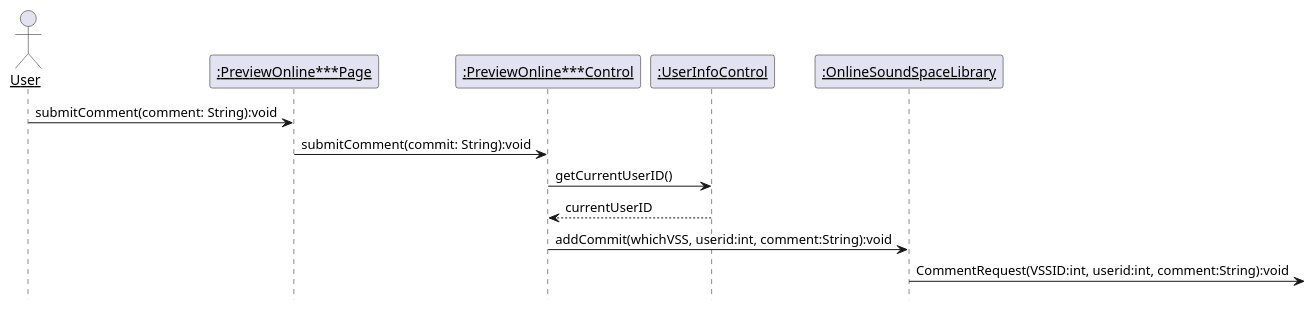
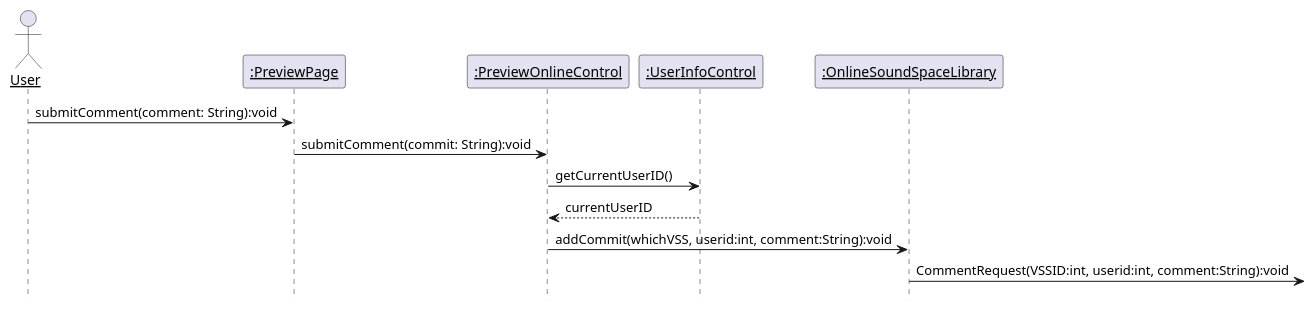
One commit to kpp19920121/doc changed diagram 22 of 39 in 设计/顺序图.md. Above: the diagram before and after it, drawn with PlantUML. The commit also changed other lines of this file and 1 other file, not shown here.

Commit message:
改进顺序图与类图一致

````diff
--- a/设计/顺序图.md
+++ b/设计/顺序图.md
@@ -742,18 +737,18 @@
 ```PlantUML
 @startuml Diagrams/CommentVSS
 hide footbox
 skinparam sequenceParticipant underline
 actor User as user
-participant ":PreviewOnline***Page" as page
-participant ":PreviewOnline***Control" as control
+participant ":PreviewPage" as page
+participant ":PreviewOnlineControl" as control
 participant ":UserInfoControl" as info
 participant ":OnlineSoundSpaceLibrary" as library
 
 user -> page: submitComment(comment: String):void
 page -> control: submitComment(commit: String):void
 control -> info: getCurrentUserID()
 info --> control: currentUserID
 control -> library: addCommit(whichVSS, userid:int, comment:String):void
 library->:CommentRequest(VSSID:int, userid:int, comment:String):void
 @enduml
 ```
````
